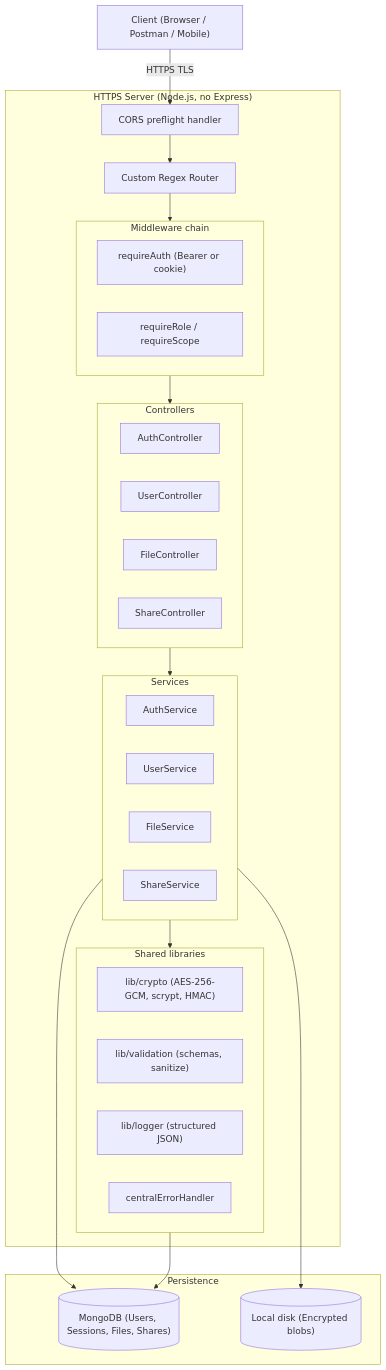
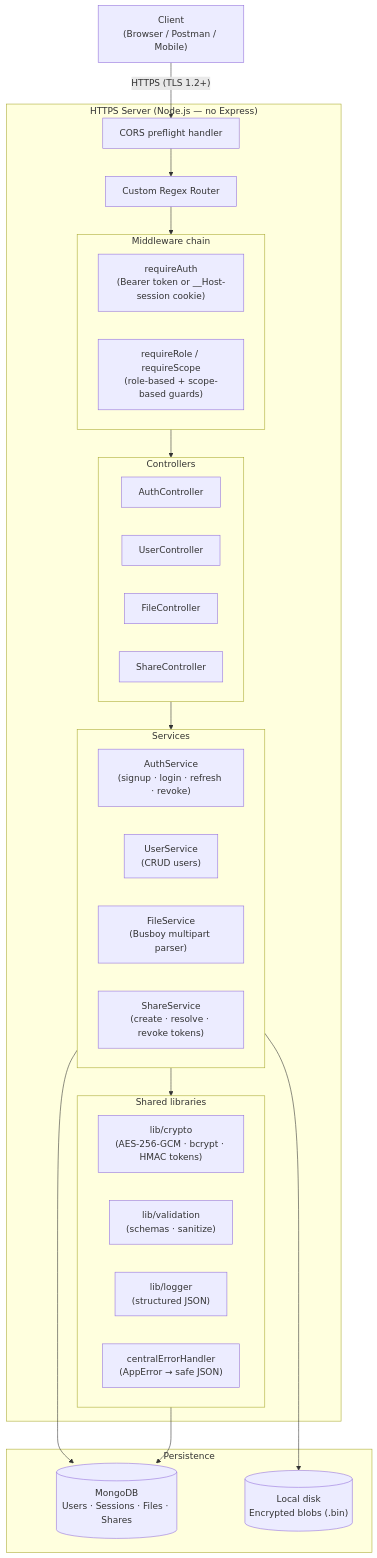
One commit to guptaankit0010/securefd changed the first of 10 diagrams in README.md. Above: the diagram before and after it, drawn with Mermaid. The commit also changed other lines of this file, not shown here.

````diff
--- a/README.md
+++ b/README.md
@@ -296,50 +320,50 @@
 ```mermaid
 graph TB
-    Client["Client (Browser / Postman / Mobile)"]
+    Client["Client\n(Browser / Postman / Mobile)"]
 
-    subgraph Server["HTTPS Server (Node.js, no Express)"]
+    subgraph Server["HTTPS Server (Node.js — no Express)"]
         CORS["CORS preflight handler"]
         Router["Custom Regex Router"]
 
         subgraph Middleware["Middleware chain"]
-            Auth["requireAuth (Bearer or cookie)"]
-            RBAC["requireRole / requireScope"]
+            Auth["requireAuth\n(Bearer token or __Host-session cookie)"]
+            RBAC["requireRole / requireScope\n(role-based + scope-based guards)"]
         end
 
         subgraph Controllers
             AuthCtrl["AuthController"]
             UserCtrl["UserController"]
             FileCtrl["FileController"]
             ShareCtrl["ShareController"]
         end
 
         subgraph Services
-            AuthSvc["AuthService"]
-            UserSvc["UserService"]
-            FileSvc["FileService"]
-            ShareSvc["ShareService"]
+            AuthSvc["AuthService\n(signup · login · refresh · revoke)"]
+            UserSvc["UserService\n(CRUD users)"]
+            FileSvc["FileService\n(Busboy multipart parser)"]
+            ShareSvc["ShareService\n(create · resolve · revoke tokens)"]
         end
 
         subgraph Libs["Shared libraries"]
-            Crypto["lib/crypto (AES-256-GCM, scrypt, HMAC)"]
-            Validation["lib/validation (schemas, sanitize)"]
-            Logger["lib/logger (structured JSON)"]
-            ErrHandler["centralErrorHandler"]
+            Crypto["lib/crypto\n(AES-256-GCM · bcrypt · HMAC tokens)"]
+            Validation["lib/validation\n(schemas · sanitize)"]
+            Logger["lib/logger\n(structured JSON)"]
+            ErrHandler["centralErrorHandler\n(AppError → safe JSON)"]
         end
     end
 
     subgraph Persistence
-        MongoDB[("MongoDB (Users, Sessions, Files, Shares)")]
-        Disk[("Local disk (Encrypted blobs)")]
+        MongoDB[("MongoDB\nUsers · Sessions · Files · Shares")]
+        Disk[("Local disk\nEncrypted blobs (.bin)")]
     end
 
-    Client -->|"HTTPS TLS"| CORS
+    Client -->|"HTTPS (TLS 1.2+)"| CORS
     CORS --> Router
     Router --> Middleware
     Middleware --> Controllers
     Controllers --> Services
     Services --> Libs
     Services --> MongoDB
     Services --> Disk
     Libs --> MongoDB
 ```
````
